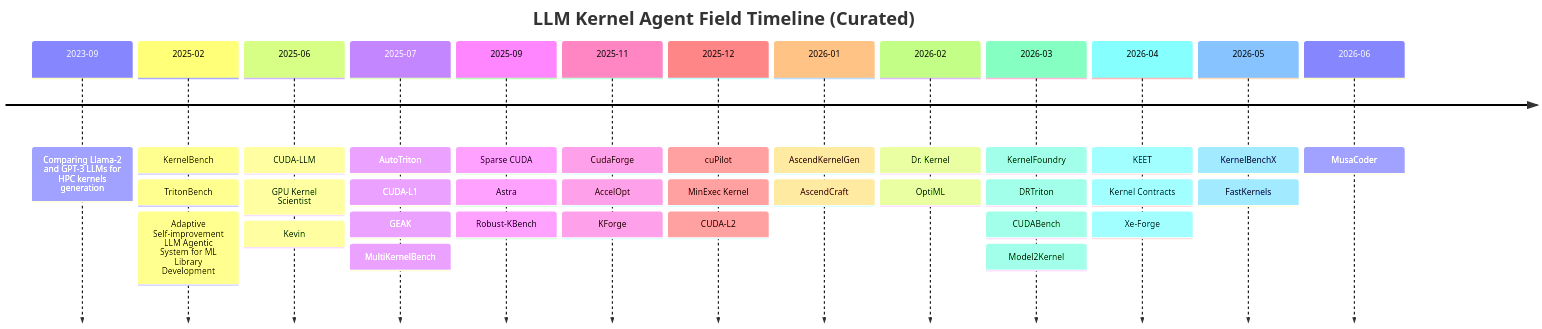
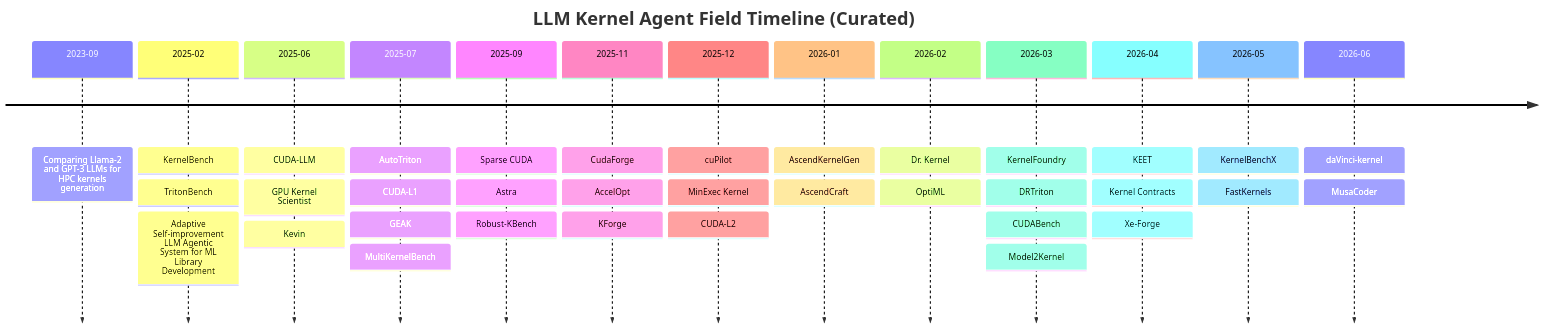
Before and after one commit to qhy991/Awesome-LLM-Kernel-Agent: the diagram in llm_kernel_agent_landscape/figures/landscape_timeline_report.en.mmd, drawn with Mermaid. The commit also changed 13 other files, not shown here.

First line of the commit message:
Add daVinci-kernel RL paper for co-evolving GPU skill libraries.

```diff
--- a/llm_kernel_agent_landscape/figures/landscape_timeline_report.en.mmd
+++ b/llm_kernel_agent_landscape/figures/landscape_timeline_report.en.mmd
@@ -1,36 +1,37 @@
 timeline
     title LLM Kernel Agent Field Timeline (Curated)
     2023-09 : Comparing Llama-2 and GPT-3 LLMs for HPC kernels generation
     2025-02 : KernelBench
              : TritonBench
              : Adaptive Self-improvement LLM Agentic System for ML Library Development
     2025-06 : CUDA-LLM
              : GPU Kernel Scientist
              : Kevin
     2025-07 : AutoTriton
              : CUDA-L1
              : GEAK
              : MultiKernelBench
     2025-09 : Sparse CUDA
              : Astra
              : Robust-KBench
     2025-11 : CudaForge
              : AccelOpt
              : KForge
     2025-12 : cuPilot
              : MinExec Kernel
              : CUDA-L2
     2026-01 : AscendKernelGen
              : AscendCraft
     2026-02 : Dr. Kernel
              : OptiML
     2026-03 : KernelFoundry
              : DRTriton
              : CUDABench
              : Model2Kernel
     2026-04 : KEET
              : Kernel Contracts
              : Xe-Forge
     2026-05 : KernelBenchX
              : FastKernels
-    2026-06 : MusaCoder
+    2026-06 : daVinci-kernel
+             : MusaCoder
```
